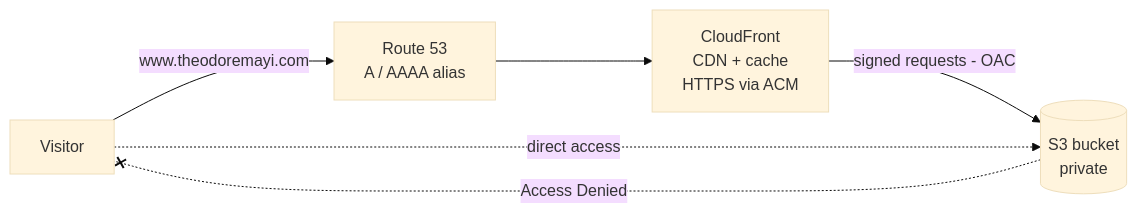
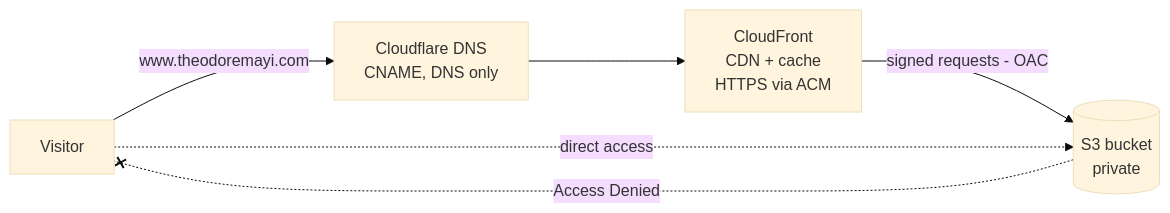
One commit to moladevops/my-portfolio changed the diagram in projects/aws-s3-cloudfront-static-website/README.md. Above: the diagram before and after it, drawn with Mermaid (base theme). The commit also changed other lines of this file and 5 other files, not shown here.

First line of the commit message:
Manage the static website DNS record with the Cloudflare provider

````diff
--- a/projects/aws-s3-cloudfront-static-website/README.md
+++ b/projects/aws-s3-cloudfront-static-website/README.md
@@ -9,8 +9,8 @@
 ```mermaid
 flowchart LR
-    U[Visitor] -->|www.theodoremayi.com| R53[Route 53<br/>A / AAAA alias]
-    R53 --> CF[CloudFront<br/>CDN + cache<br/>HTTPS via ACM]
+    U[Visitor] -->|www.theodoremayi.com| DNS[Cloudflare DNS<br/>CNAME, DNS only]
+    DNS --> CF[CloudFront<br/>CDN + cache<br/>HTTPS via ACM]
     CF -->|signed requests - OAC| S3[(S3 bucket<br/>private)]
     U -.->|direct access| S3
     S3 -.-x|Access Denied| U
 ```
````
